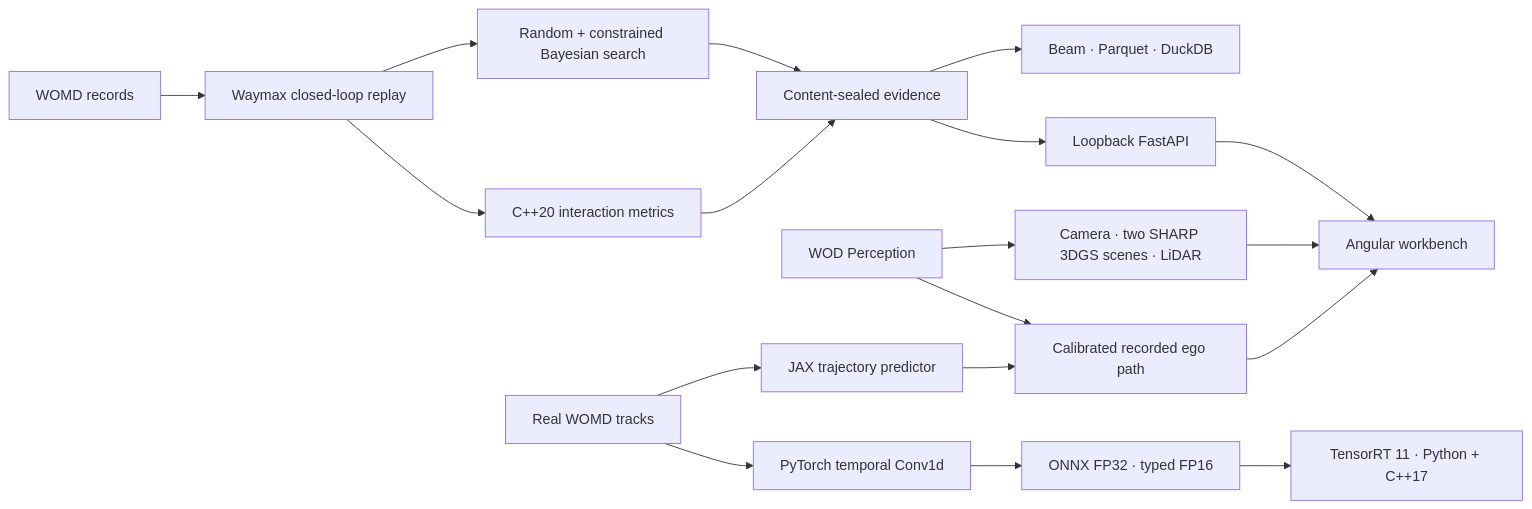
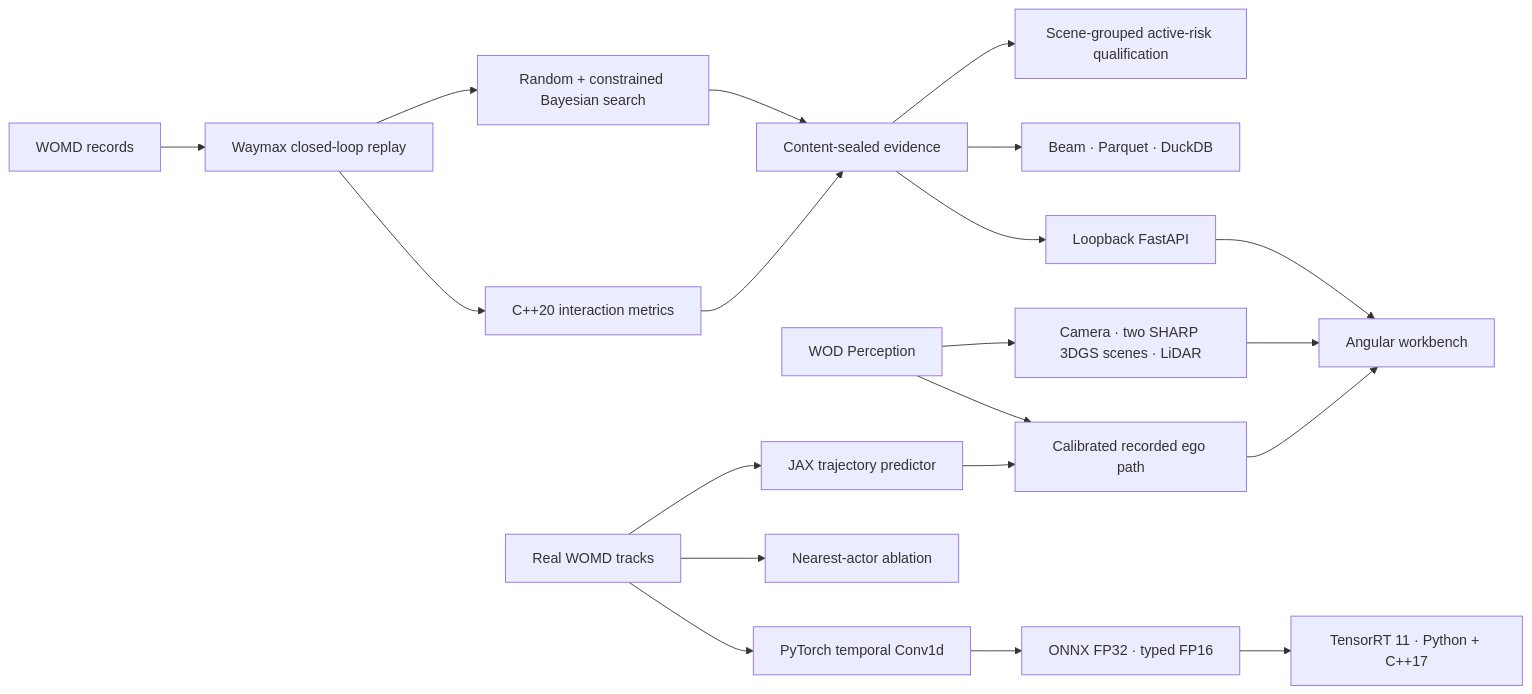
The diagram in README.md (ethanvillalovoz/planmargin), drawn with Mermaid before and after one commit. The commit also changed other lines of this file and 47 other files, not shown here.

````diff
--- a/README.md
+++ b/README.md
@@ -171,20 +192,22 @@
 ```mermaid
 flowchart LR
     W["WOMD records"] --> X["Waymax closed-loop replay"]
     X --> S["Random + constrained Bayesian search"]
     X --> C["C++20 interaction metrics"]
     S --> E["Content-sealed evidence"]
     C --> E
+    E --> Q["Scene-grouped active-risk qualification"]
     E --> D["Beam · Parquet · DuckDB"]
     E --> A["Loopback FastAPI"]
     M["Real WOMD tracks"] --> J["JAX trajectory predictor"]
     M --> T["PyTorch temporal Conv1d"]
+    M --> I["Nearest-actor ablation"]
     T --> O["ONNX FP32 · typed FP16"]
     O --> N["TensorRT 11 · Python + C++17"]
     P["WOD Perception"] --> V["Camera · two SHARP 3DGS scenes · LiDAR"]
     P --> R["Calibrated recorded ego path"]
     J --> R
     A --> U["Angular workbench"]
     V --> U
     R --> U
 ```
````
